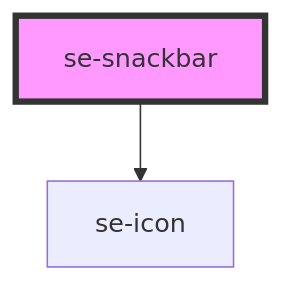
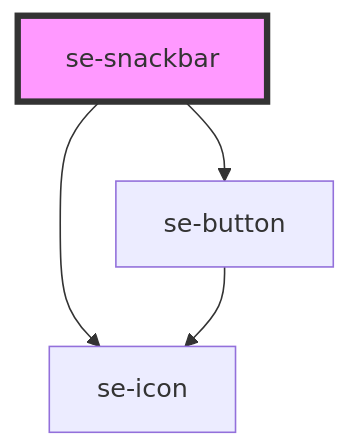
One commit to robbiemcmullense/se-web-ui changed the diagram in libs/core/src/components/snackbar/readme.md. Above: the diagram before and after it, drawn with Mermaid. The commit also changed other lines of this file and 14 other files, not shown here.

````diff
--- a/libs/core/src/components/snackbar/readme.md
+++ b/libs/core/src/components/snackbar/readme.md
@@ -39,5 +40,7 @@
 ```mermaid
 graph TD;
   se-snackbar --> se-icon
+  se-snackbar --> se-button
+  se-button --> se-icon
   style se-snackbar fill:#f9f,stroke:#333,stroke-width:4px
 ```
````
